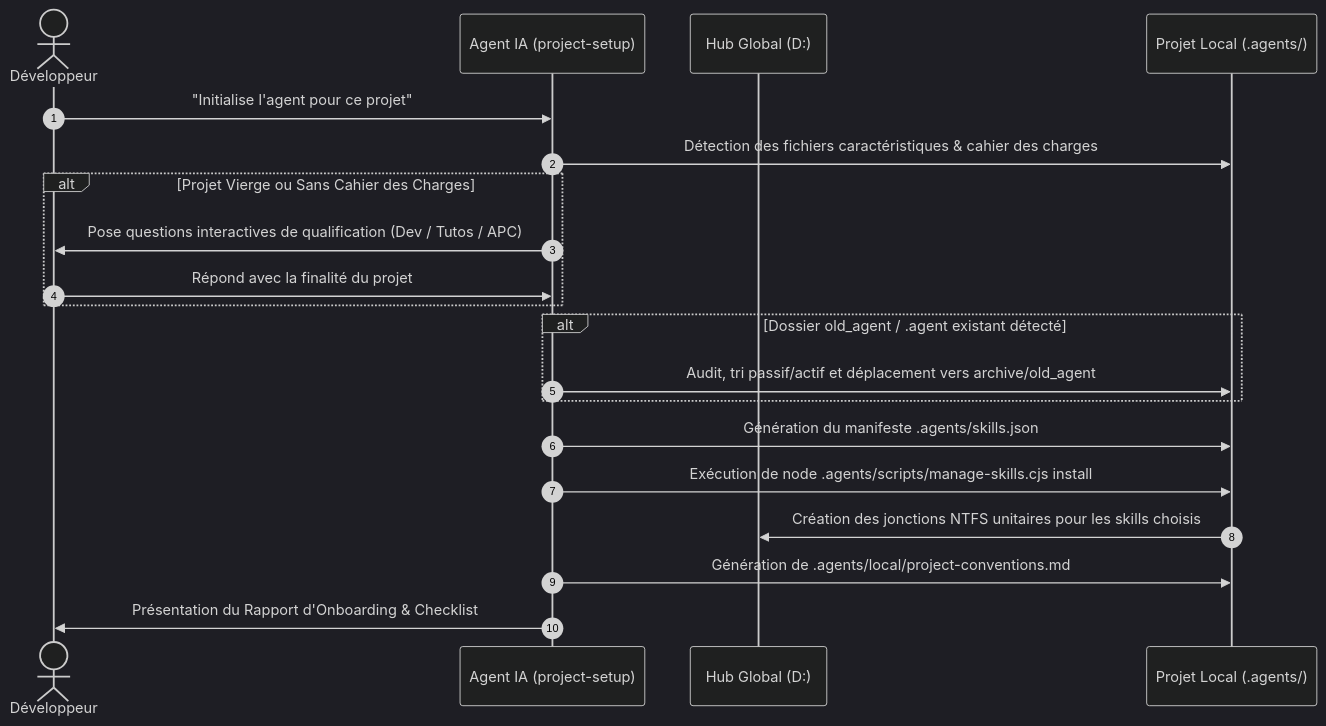
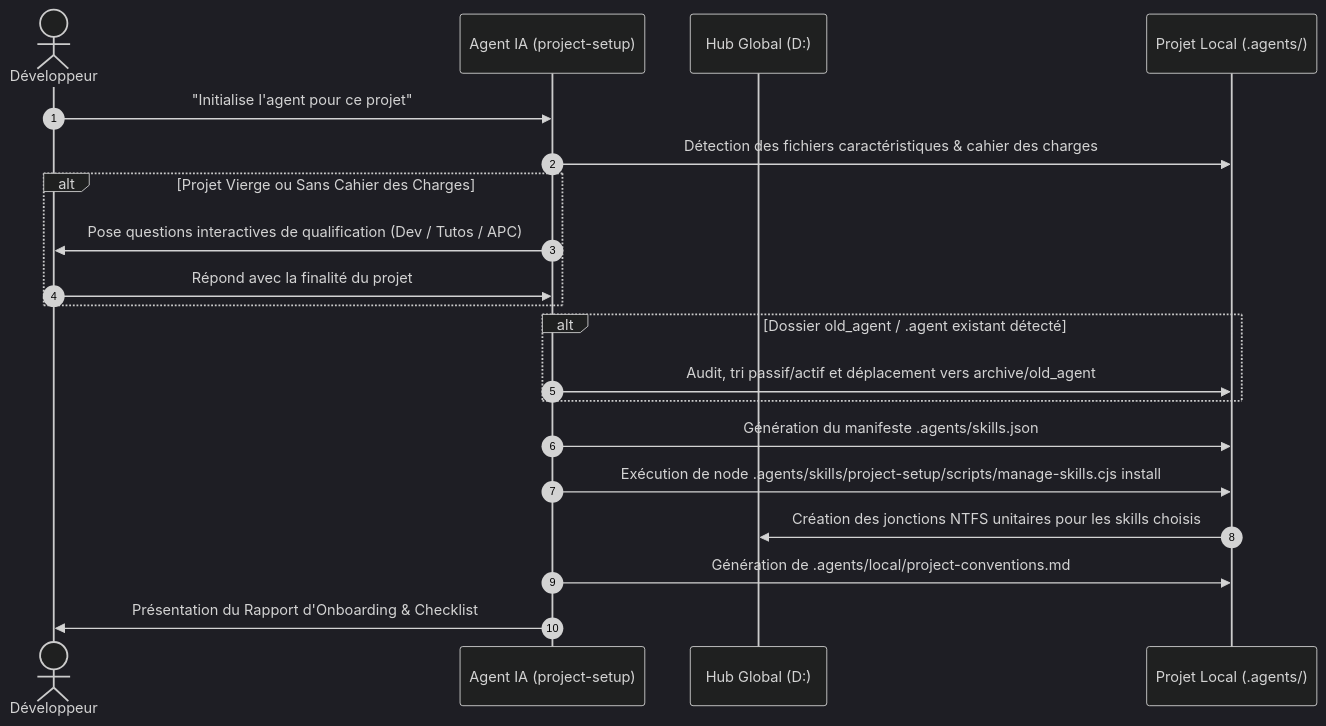
The diagram in .agents/skills/project-setup/resources/onboarding-workflow.md (solicode-lms/app), drawn with Mermaid (dark theme) before and after one commit. The commit also changed other lines of this file and 2 other files, not shown here.

````diff
--- a/.agents/skills/project-setup/resources/onboarding-workflow.md
+++ b/.agents/skills/project-setup/resources/onboarding-workflow.md
@@ -60,23 +54,23 @@
 ```mermaid
 sequenceDiagram
     autonumber
     actor Dev as Développeur
     participant Agent as Agent IA (project-setup)
     participant Hub as Hub Global (D:)
     participant Local as Projet Local (.agents/)
 
     Dev->>Agent: "Initialise l'agent pour ce projet"
     Agent->>Local: Détection des fichiers caractéristiques & cahier des charges
     alt Projet Vierge ou Sans Cahier des Charges
         Agent->>Dev: Pose questions interactives de qualification (Dev / Tutos / APC)
         Dev->>Agent: Répond avec la finalité du projet
     end
     alt Dossier old_agent / .agent existant détecté
         Agent->>Local: Audit, tri passif/actif et déplacement vers archive/old_agent
     end
     Agent->>Local: Génération du manifeste .agents/skills.json
-    Agent->>Local: Exécution de node .agents/scripts/manage-skills.cjs install
+    Agent->>Local: Exécution de node .agents/skills/project-setup/scripts/manage-skills.cjs install
     Local->>Hub: Création des jonctions NTFS unitaires pour les skills choisis
     Agent->>Local: Génération de .agents/local/project-conventions.md
     Agent->>Dev: Présentation du Rapport d'Onboarding & Checklist
 ```
````
